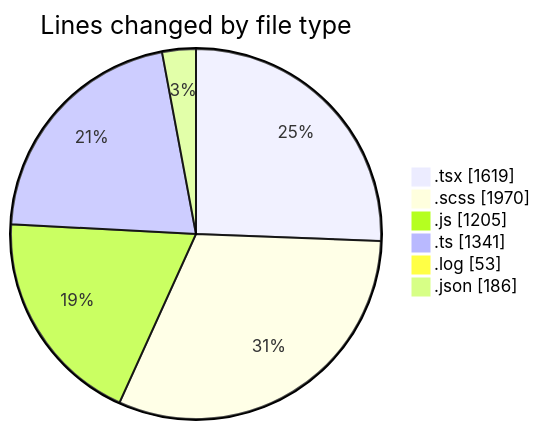
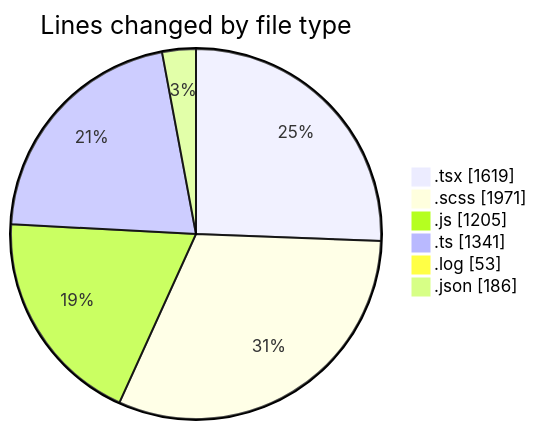
One commit to momahboobian/code-tracking changed the first of 2 diagrams in 2026-03-25/cda/README.md. Above: the diagram before and after it, drawn with Mermaid. The commit also changed other lines of this file and 1 other file, not shown here.

````diff
--- a/2026-03-25/cda/README.md
+++ b/2026-03-25/cda/README.md
@@ -28,10 +28,10 @@
 ```mermaid
 pie showData
 title Lines changed by file type
 ".tsx" : 1619
-".scss" : 1970
+".scss" : 1971
 ".js" : 1205
 ".ts" : 1341
 ".log" : 53
 ".json" : 186
 ```
````
